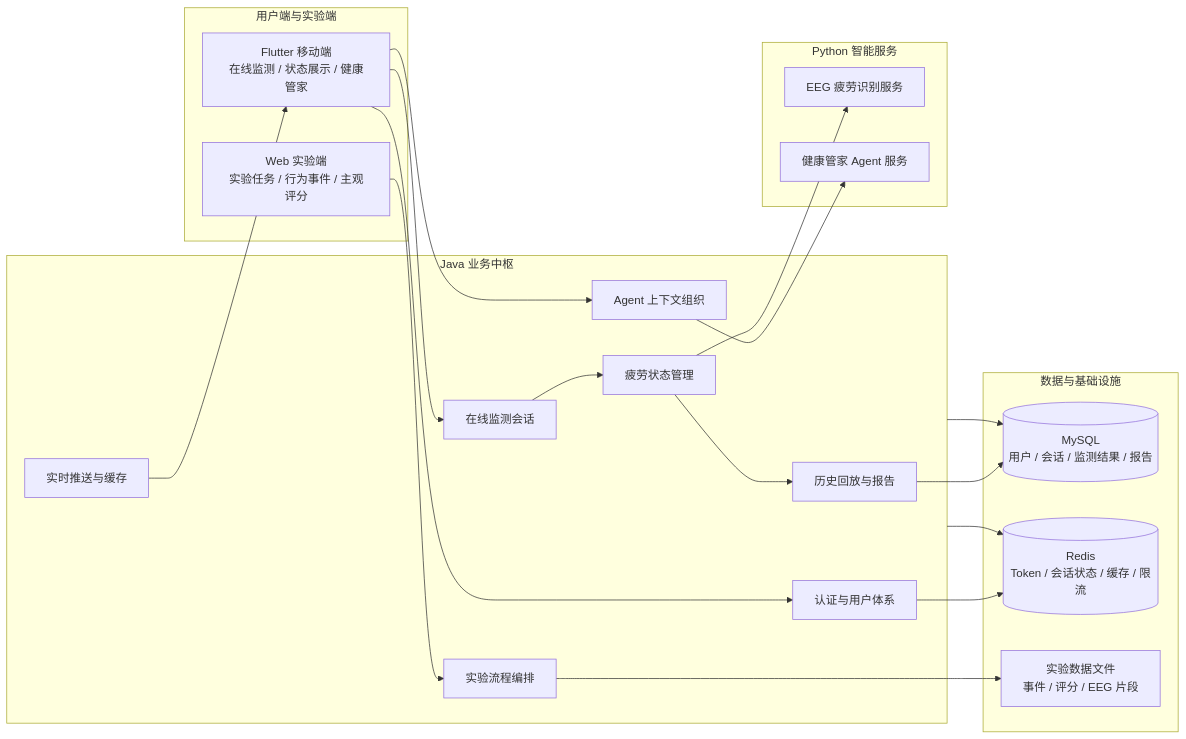
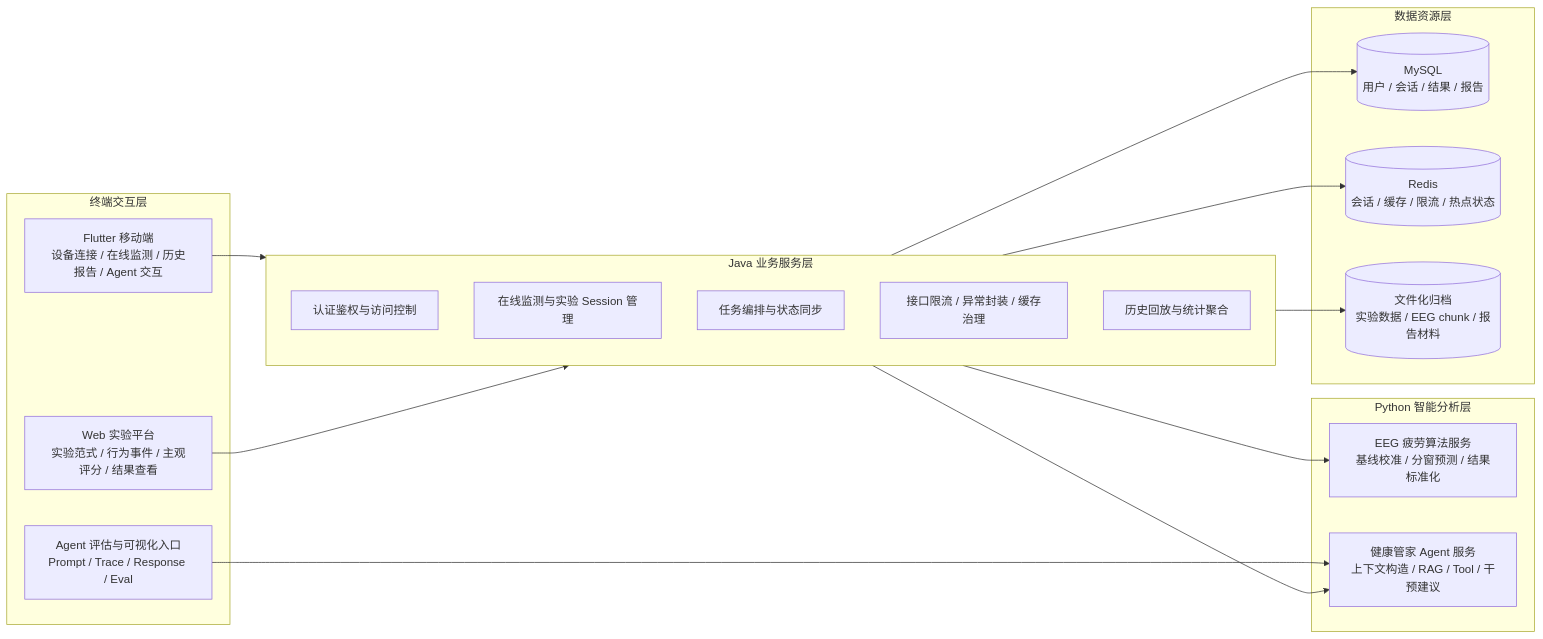
One commit to Z-501/fatigue-monitoring-system changed the first of 7 diagrams in README.md. Above: the diagram before and after it, drawn with Mermaid. The commit also changed other lines of this file and 10 other files, not shown here.

````diff
--- a/README.md
+++ b/README.md
@@ -25,43 +33,36 @@
 ```mermaid
 flowchart LR
-    subgraph Client[用户端与实验端]
-        A[Flutter 移动端\n在线监测 / 状态展示 / 健康管家]
-        B[Web 实验端\n实验任务 / 行为事件 / 主观评分]
+    subgraph Client[终端交互层]
+        App[Flutter 移动端\n设备连接 / 在线监测 / 历史报告 / Agent 交互]
+        Web[Web 实验平台\n实验范式 / 行为事件 / 主观评分 / 结果查看]
+        Eval[Agent 评估与可视化入口\nPrompt / Trace / Response / Eval]
     end
 
-    subgraph Backend[Java 业务中枢]
-        C[认证与用户体系]
-        D[在线监测会话]
-        E[实验流程编排]
-        F[疲劳状态管理]
-        G[历史回放与报告]
-        H[Agent 上下文组织]
-        I[实时推送与缓存]
+    subgraph Backend[Java 业务服务层]
+        Auth[认证鉴权与访问控制]
+        Session[在线监测与实验 Session 管理]
+        Orchestrator[任务编排与状态同步]
+        RateLimit[接口限流 / 异常封装 / 缓存治理]
+        History[历史回放与统计聚合]
     end
 
-    subgraph Intelligence[Python 智能服务]
-        J[EEG 疲劳识别服务]
-        K[健康管家 Agent 服务]
+    subgraph Intelligence[Python 智能分析层]
+        Fatigue[EEG 疲劳算法服务\n基线校准 / 分窗预测 / 结果标准化]
+        Agent[健康管家 Agent 服务\n上下文构造 / RAG / Tool / 干预建议]
     end
 
-    subgraph Storage[数据与基础设施]
-        L[(MySQL\n用户 / 会话 / 监测结果 / 报告)]
-        M[(Redis\nToken / 会话状态 / 缓存 / 限流)]
-        N[实验数据文件\n事件 / 评分 / EEG 片段]
+    subgraph Data[数据资源层]
+        MySQL[(MySQL\n用户 / 会话 / 结果 / 报告)]
+        Redis[(Redis\n会话 / 缓存 / 限流 / 热点状态)]
+        Files[(文件化归档\n实验数据 / EEG chunk / 报告材料)]
     end
 
-    A --> C
-    A --> D
-    A --> H
-    B --> E
-    D --> F
-    E --> N
-    F --> J
-    H --> K
-    F --> G
-    G --> L
-    C --> M
-    I --> A
-    Backend --> L
-    Backend --> M
+    App --> Backend
+    Web --> Backend
+    Eval --> Agent
+    Backend --> Fatigue
+    Backend --> Agent
+    Backend --> MySQL
+    Backend --> Redis
+    Backend --> Files
 ```
````
